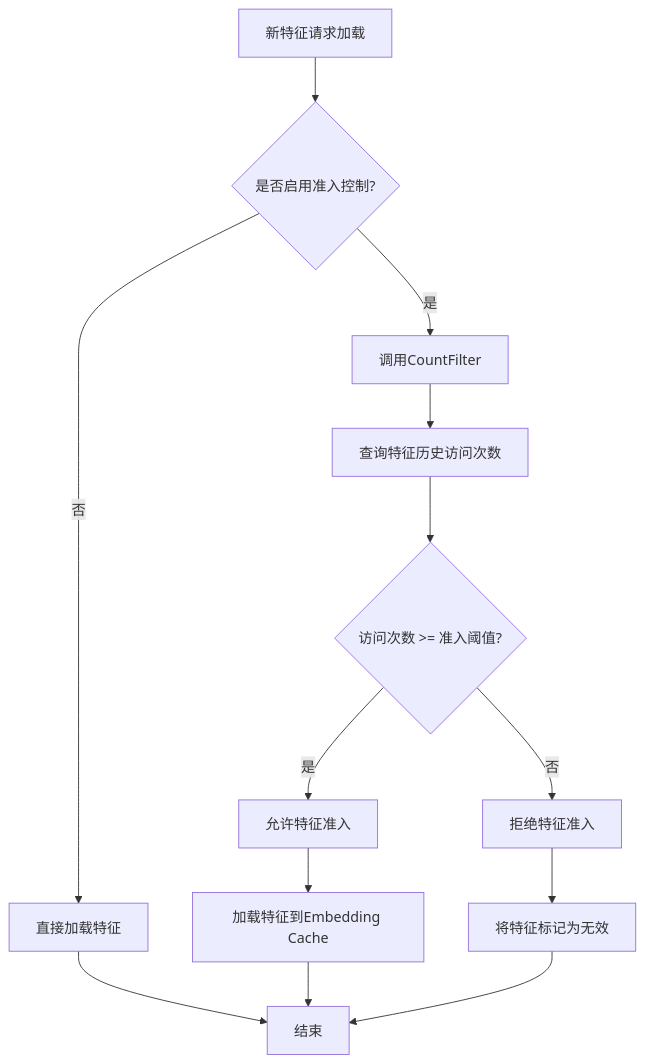
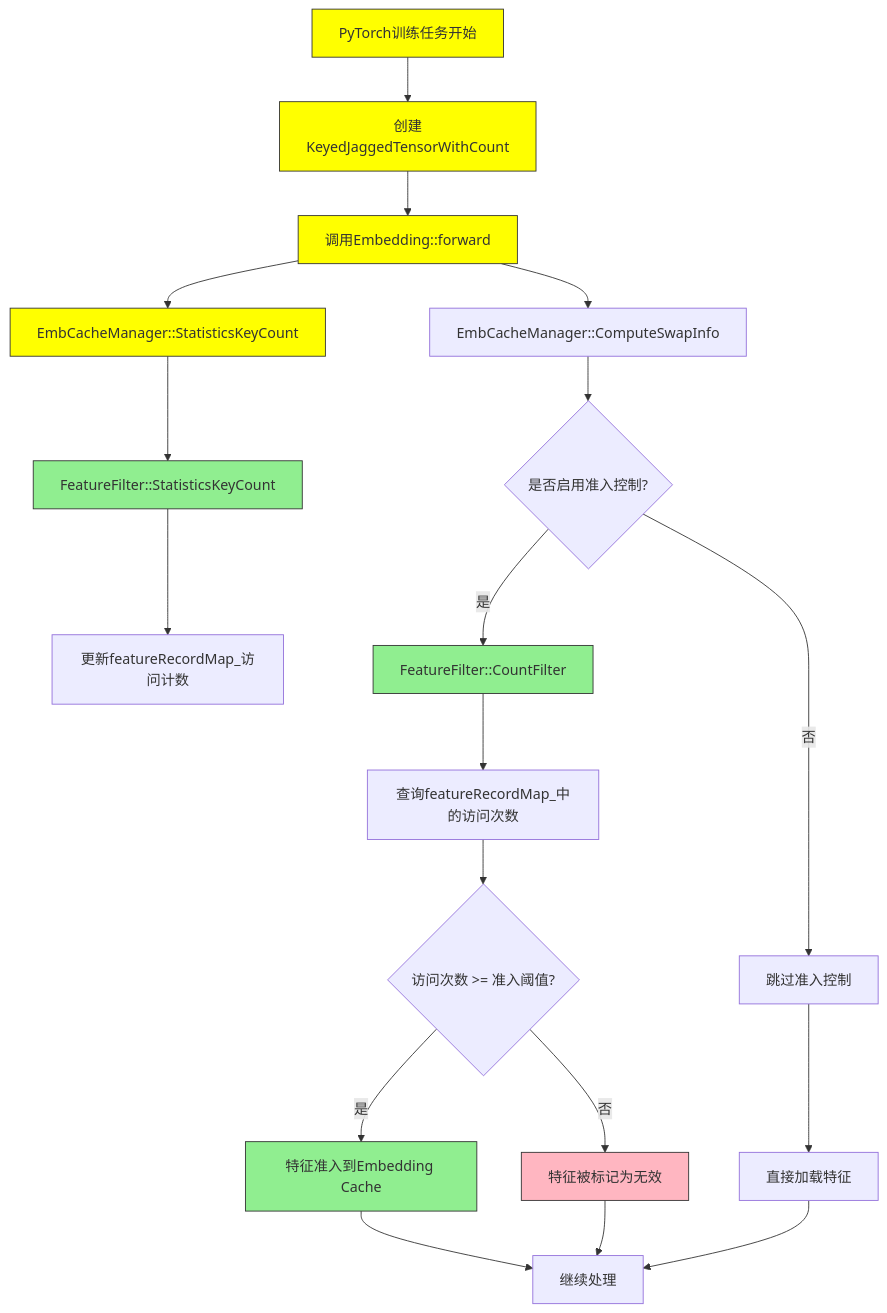
The second of 6 diagrams in feature_filter_complete_design.md (SimmerChan/RecSDK), drawn with Mermaid before and after one commit. The commit also changed other lines of this file, not shown here.

````diff
--- a/feature_filter_complete_design.md
+++ b/feature_filter_complete_design.md
@@ -169,15 +219,29 @@
 ```mermaid
 graph TD
-    A[新特征请求加载] --> B{是否启用准入控制?}
-    B -->|否| C[直接加载特征]
-    B -->|是| D[调用CountFilter]
-    D --> E[查询特征历史访问次数]
-    E --> F{访问次数 >= 准入阈值?}
-    F -->|是| G[允许特征准入]
-    G --> H[加载特征到Embedding Cache]
-    F -->|否| I[拒绝特征准入]
-    I --> J[将特征标记为无效]
-    C --> K[结束]
-    H --> K
-    J --> K
+    A[PyTorch训练任务开始] --> B[创建KeyedJaggedTensorWithCount]
+    B --> C[调用Embedding::forward]
+    C --> D[EmbCacheManager::StatisticsKeyCount]
+    D --> E[FeatureFilter::StatisticsKeyCount]
+    E --> F[更新featureRecordMap_访问计数]
+    C --> G[EmbCacheManager::ComputeSwapInfo]
+    G --> H{是否启用准入控制?}
+    H -->|是| I[FeatureFilter::CountFilter]
+    H -->|否| J[跳过准入控制]
+    I --> K[查询featureRecordMap_中的访问次数]
+    K --> L{访问次数 >= 准入阈值?}
+    L -->|是| M[特征准入到Embedding Cache]
+    L -->|否| N[特征被标记为无效]
+    J --> O[直接加载特征]
+    M --> P[继续处理]
+    N --> P
+    O --> P
+    
+    style A fill:#FFFF00,stroke:#333
+    style B fill:#FFFF00,stroke:#333
+    style C fill:#FFFF00,stroke:#333
+    style D fill:#FFFF00,stroke:#333
+    style E fill:#90EE90,stroke:#333
+    style I fill:#90EE90,stroke:#333
+    style M fill:#90EE90,stroke:#333
+    style N fill:#FFB6C1,stroke:#333
 ```
````
